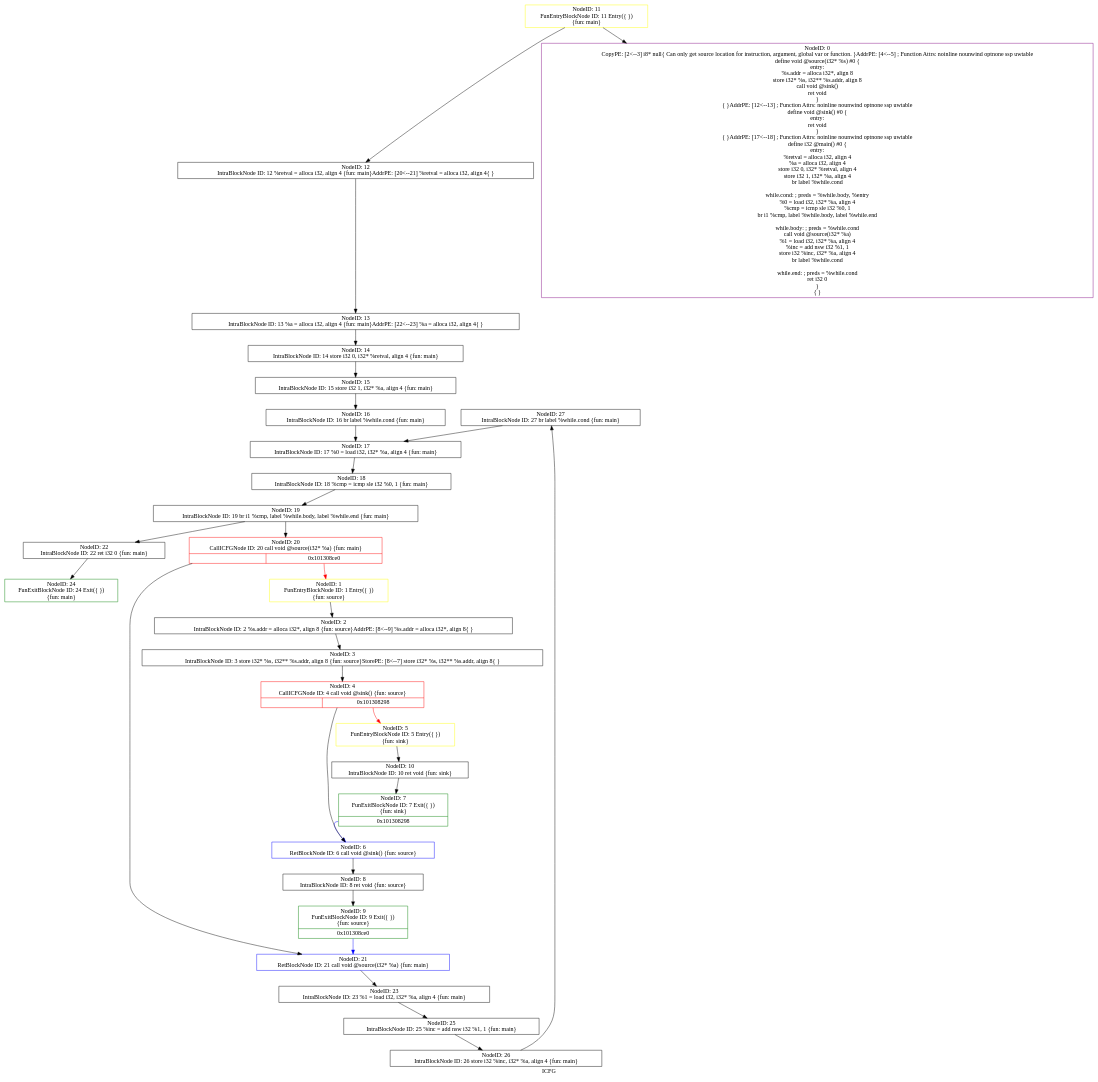
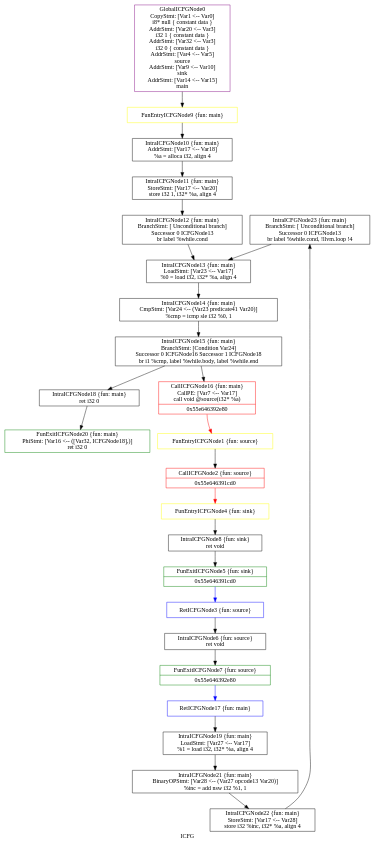
Before and after one commit to SVF-tools/Teaching-Software-Analysis: the diagram in Assignment-2/testcase/dot/icfg_test1.dot, drawn with Graphviz. The commit also changed 23 other files, not shown here.

```diff
--- a/Assignment-2/testcase/dot/icfg_test1.dot
+++ b/Assignment-2/testcase/dot/icfg_test1.dot
@@ -1,62 +1,52 @@
 digraph "ICFG" {
 	label="ICFG";
 
-	Node0x10140bf10 [shape=record,color=black,label="{NodeID: 27\nIntraBlockNode ID: 27   br label %while.cond \{fun: main\}}"];
-	Node0x10140bf10 -> Node0x10140acb0[style=solid];
-	Node0x10140bd90 [shape=record,color=black,label="{NodeID: 26\nIntraBlockNode ID: 26   store i32 %inc, i32* %a, align 4 \{fun: main\}}"];
-	Node0x10140bd90 -> Node0x10140bf10[style=solid];
-	Node0x10140bb50 [shape=record,color=black,label="{NodeID: 25\nIntraBlockNode ID: 25   %inc = add nsw i32 %1, 1 \{fun: main\}}"];
-	Node0x10140bb50 -> Node0x10140bd90[style=solid];
-	Node0x10140a450 [shape=record,color=green,label="{NodeID: 24\nFunExitBlockNode ID: 24 Exit(\{  \})\n \{fun: main\}}"];
-	Node0x10140b6e0 [shape=record,color=black,label="{NodeID: 23\nIntraBlockNode ID: 23   %1 = load i32, i32* %a, align 4 \{fun: main\}}"];
-	Node0x10140b6e0 -> Node0x10140bb50[style=solid];
-	Node0x10140b560 [shape=record,color=black,label="{NodeID: 22\nIntraBlockNode ID: 22   ret i32 0 \{fun: main\}}"];
-	Node0x10140b560 -> Node0x10140a450[style=solid];
-	Node0x10140b360 [shape=record,color=blue,label="{NodeID: 21\nRetBlockNode ID: 21   call void @source(i32* %a) \{fun: main\}}"];
-	Node0x10140b360 -> Node0x10140b6e0[style=solid];
-	Node0x10140b220 [shape=record,color=red,label="{NodeID: 20\nCallICFGNode ID: 20   call void @source(i32* %a) \{fun: main\}|{|<s1>0x101308ce0}}"];
-	Node0x10140b220 -> Node0x10140b360[style=solid];
-	Node0x10140b220:s1 -> Node0x101409760[style=solid,color=red];
-	Node0x10140afe0 [shape=record,color=black,label="{NodeID: 19\nIntraBlockNode ID: 19   br i1 %cmp, label %while.body, label %while.end \{fun: main\}}"];
-	Node0x10140afe0 -> Node0x10140b220[style=solid];
-	Node0x10140afe0 -> Node0x10140b560[style=solid];
-	Node0x10140ae90 [shape=record,color=black,label="{NodeID: 18\nIntraBlockNode ID: 18   %cmp = icmp sle i32 %0, 1 \{fun: main\}}"];
-	Node0x10140ae90 -> Node0x10140afe0[style=solid];
-	Node0x10140acb0 [shape=record,color=black,label="{NodeID: 17\nIntraBlockNode ID: 17   %0 = load i32, i32* %a, align 4 \{fun: main\}}"];
-	Node0x10140acb0 -> Node0x10140ae90[style=solid];
-	Node0x10140ab30 [shape=record,color=black,label="{NodeID: 16\nIntraBlockNode ID: 16   br label %while.cond \{fun: main\}}"];
-	Node0x10140ab30 -> Node0x10140acb0[style=solid];
-	Node0x10140a9b0 [shape=record,color=black,label="{NodeID: 15\nIntraBlockNode ID: 15   store i32 1, i32* %a, align 4 \{fun: main\}}"];
-	Node0x10140a9b0 -> Node0x10140ab30[style=solid];
-	Node0x10140a800 [shape=record,color=black,label="{NodeID: 14\nIntraBlockNode ID: 14   store i32 0, i32* %retval, align 4 \{fun: main\}}"];
-	Node0x10140a800 -> Node0x10140a9b0[style=solid];
-	Node0x10140a650 [shape=record,color=black,label="{NodeID: 13\nIntraBlockNode ID: 13   %a = alloca i32, align 4 \{fun: main\}AddrPE: [22\<--23]    %a = alloca i32, align 4\{  \}}"];
-	Node0x10140a650 -> Node0x10140a800[style=solid];
-	Node0x10140a540 [shape=record,color=black,label="{NodeID: 12\nIntraBlockNode ID: 12   %retval = alloca i32, align 4 \{fun: main\}AddrPE: [20\<--21]    %retval = alloca i32, align 4\{  \}}"];
-	Node0x10140a540 -> Node0x10140a650[style=solid];
-	Node0x10140a3b0 [shape=record,color=yellow,label="{NodeID: 11\nFunEntryBlockNode ID: 11 Entry(\{  \})\n \{fun: main\}}"];
-	Node0x10140a3b0 -> Node0x101307280[style=solid];
-	Node0x10140a3b0 -> Node0x10140a540[style=solid];
-	Node0x10140a200 [shape=record,color=black,label="{NodeID: 10\nIntraBlockNode ID: 10   ret void \{fun: sink\}}"];
-	Node0x10140a200 -> Node0x101409d20[style=solid];
-	Node0x10140a0e0 [shape=record,color=green,label="{NodeID: 9\nFunExitBlockNode ID: 9 Exit(\{  \})\n \{fun: source\}|{<s0>0x101308ce0}}"];
-	Node0x10140a0e0:s0 -> Node0x10140b360[style=solid,color=blue];
-	Node0x101409f00 [shape=record,color=black,label="{NodeID: 8\nIntraBlockNode ID: 8   ret void \{fun: source\}}"];
-	Node0x101409f00 -> Node0x10140a0e0[style=solid];
-	Node0x101409d20 [shape=record,color=green,label="{NodeID: 7\nFunExitBlockNode ID: 7 Exit(\{  \})\n \{fun: sink\}|{<s0>0x101308298}}"];
-	Node0x101409d20:s0 -> Node0x101409c80[style=solid,color=blue];
-	Node0x101409c80 [shape=record,color=blue,label="{NodeID: 6\nRetBlockNode ID: 6   call void @sink() \{fun: source\}}"];
-	Node0x101409c80 -> Node0x101409f00[style=solid];
-	Node0x101409b20 [shape=record,color=yellow,label="{NodeID: 5\nFunEntryBlockNode ID: 5 Entry(\{  \})\n \{fun: sink\}}"];
-	Node0x101409b20 -> Node0x10140a200[style=solid];
-	Node0x101409a70 [shape=record,color=red,label="{NodeID: 4\nCallICFGNode ID: 4   call void @sink() \{fun: source\}|{|<s1>0x101308298}}"];
-	Node0x101409a70 -> Node0x101409c80[style=solid];
-	Node0x101409a70:s1 -> Node0x101409b20[style=solid,color=red];
-	Node0x101409950 [shape=record,color=black,label="{NodeID: 3\nIntraBlockNode ID: 3   store i32* %s, i32** %s.addr, align 8 \{fun: source\}StorePE: [8\<--7]    store i32* %s, i32** %s.addr, align 8\{  \}}"];
-	Node0x101409950 -> Node0x101409a70[style=solid];
-	Node0x101409800 [shape=record,color=black,label="{NodeID: 2\nIntraBlockNode ID: 2   %s.addr = alloca i32*, align 8 \{fun: source\}AddrPE: [8\<--9]    %s.addr = alloca i32*, align 8\{  \}}"];
-	Node0x101409800 -> Node0x101409950[style=solid];
-	Node0x101409760 [shape=record,color=yellow,label="{NodeID: 1\nFunEntryBlockNode ID: 1 Entry(\{  \})\n \{fun: source\}}"];
-	Node0x101409760 -> Node0x101409800[style=solid];
-	Node0x101307280 [shape=record,color=purple,label="{NodeID: 0\nCopyPE: [2\<--3]  i8* null\{ Can only get source location for instruction, argument, global var or function. \}AddrPE: [4\<--5]  ; Function Attrs: noinline nounwind optnone ssp uwtable\ndefine void @source(i32* %s) #0 \{\nentry:\n  %s.addr = alloca i32*, align 8\n  store i32* %s, i32** %s.addr, align 8\n  call void @sink()\n  ret void\n\}\n\{  \}AddrPE: [12\<--13]  ; Function Attrs: noinline nounwind optnone ssp uwtable\ndefine void @sink() #0 \{\nentry:\n  ret void\n\}\n\{  \}AddrPE: [17\<--18]  ; Function Attrs: noinline nounwind optnone ssp uwtable\ndefine i32 @main() #0 \{\nentry:\n  %retval = alloca i32, align 4\n  %a = alloca i32, align 4\n  store i32 0, i32* %retval, align 4\n  store i32 1, i32* %a, align 4\n  br label %while.cond\n\nwhile.cond:                                       ; preds = %while.body, %entry\n  %0 = load i32, i32* %a, align 4\n  %cmp = icmp sle i32 %0, 1\n  br i1 %cmp, label %while.body, label %while.end\n\nwhile.body:                                       ; preds = %while.cond\n  call void @source(i32* %a)\n  %1 = load i32, i32* %a, align 4\n  %inc = add nsw i32 %1, 1\n  store i32 %inc, i32* %a, align 4\n  br label %while.cond\n\nwhile.end:                                        ; preds = %while.cond\n  ret i32 0\n\}\n\{  \}}"];
+	Node0x55e6463a4ba0 [shape=record,color=black,label="{IntraICFGNode23 \{fun: main\}\nBranchStmt: [ Unconditional branch]\nSuccessor 0 ICFGNode13   \n   br label %while.cond, !llvm.loop !4 }"];
+	Node0x55e6463a4ba0 -> Node0x55e6463a3870[style=solid];
+	Node0x55e6463a49c0 [shape=record,color=black,label="{IntraICFGNode22 \{fun: main\}\nStoreStmt: [Var17 \<-- Var28]  \n   store i32 %inc, i32* %a, align 4 }"];
+	Node0x55e6463a49c0 -> Node0x55e6463a4ba0[style=solid];
+	Node0x55e6463a47e0 [shape=record,color=black,label="{IntraICFGNode21 \{fun: main\}\nBinaryOPStmt: [Var28 \<-- (Var27 opcode13 Var20)]  \n   %inc = add nsw i32 %1, 1 }"];
+	Node0x55e6463a47e0 -> Node0x55e6463a49c0[style=solid];
+	Node0x55e6463a4610 [shape=record,color=green,label="{FunExitICFGNode20 \{fun: main\}\nPhiStmt: [Var16 \<-- ([Var32, ICFGNode18],)]  \n   ret i32 0 }"];
+	Node0x55e6463a4430 [shape=record,color=black,label="{IntraICFGNode19 \{fun: main\}\nLoadStmt: [Var27 \<-- Var17]  \n   %1 = load i32, i32* %a, align 4 }"];
+	Node0x55e6463a4430 -> Node0x55e6463a47e0[style=solid];
+	Node0x55e6463a4250 [shape=record,color=black,label="{IntraICFGNode18 \{fun: main\}\n   ret i32 0 }"];
+	Node0x55e6463a4250 -> Node0x55e6463a4610[style=solid];
+	Node0x55e6463a3f80 [shape=record,color=blue,label="{RetICFGNode17 \{fun: main\}}"];
+	Node0x55e6463a3f80 -> Node0x55e6463a4430[style=solid];
+	Node0x55e64638fa10 [shape=record,color=red,label="{CallICFGNode16 \{fun: main\}\nCallPE: [Var7 \<-- Var17]  \n   call void @source(i32* %a) |{<s0>0x55e646392e80}}"];
+	Node0x55e64638fa10:s0 -> Node0x55e646393d00[style=solid,color=red];
+	Node0x55e6463a3d20 [shape=record,color=black,label="{IntraICFGNode15 \{fun: main\}\nBranchStmt: [Condition Var24]\nSuccessor 0 ICFGNode16   Successor 1 ICFGNode18   \n   br i1 %cmp, label %while.body, label %while.end }"];
+	Node0x55e6463a3d20 -> Node0x55e64638fa10[style=solid];
+	Node0x55e6463a3d20 -> Node0x55e6463a4250[style=solid];
+	Node0x55e6463a3b40 [shape=record,color=black,label="{IntraICFGNode14 \{fun: main\}\nCmpStmt: [Var24 \<-- (Var23 predicate41 Var20)]  \n   %cmp = icmp sle i32 %0, 1 }"];
+	Node0x55e6463a3b40 -> Node0x55e6463a3d20[style=solid];
+	Node0x55e6463a3870 [shape=record,color=black,label="{IntraICFGNode13 \{fun: main\}\nLoadStmt: [Var23 \<-- Var17]  \n   %0 = load i32, i32* %a, align 4 }"];
+	Node0x55e6463a3870 -> Node0x55e6463a3b40[style=solid];
+	Node0x55e64638e050 [shape=record,color=purple,label="{GlobalICFGNode0\nCopyStmt: [Var1 \<-- Var0]  \n i8* null \{ constant data \}\nAddrStmt: [Var20 \<-- Var3]  \n i32 1 \{ constant data \}\nAddrStmt: [Var32 \<-- Var3]  \n i32 0 \{ constant data \}\nAddrStmt: [Var4 \<-- Var5]  \n source \nAddrStmt: [Var9 \<-- Var10]  \n sink \nAddrStmt: [Var14 \<-- Var15]  \n main }"];
+	Node0x55e64638e050 -> Node0x55e6463a31e0[style=solid];
+	Node0x55e646393d00 [shape=record,color=yellow,label="{FunEntryICFGNode1 \{fun: source\}}"];
+	Node0x55e646393d00 -> Node0x55e64638e1e0[style=solid];
+	Node0x55e64638e1e0 [shape=record,color=red,label="{CallICFGNode2 \{fun: source\}|{<s0>0x55e646391cd0}}"];
+	Node0x55e64638e1e0:s0 -> Node0x55e6463a2a10[style=solid,color=red];
+	Node0x55e6463a28d0 [shape=record,color=blue,label="{RetICFGNode3 \{fun: source\}}"];
+	Node0x55e6463a28d0 -> Node0x55e6463a2da0[style=solid];
+	Node0x55e6463a2a10 [shape=record,color=yellow,label="{FunEntryICFGNode4 \{fun: sink\}}"];
+	Node0x55e6463a2a10 -> Node0x55e6463a3040[style=solid];
+	Node0x55e6463a2ae0 [shape=record,color=green,label="{FunExitICFGNode5 \{fun: sink\}|{<s0>0x55e646391cd0}}"];
+	Node0x55e6463a2ae0:s0 -> Node0x55e6463a28d0[style=solid,color=blue];
+	Node0x55e6463a2da0 [shape=record,color=black,label="{IntraICFGNode6 \{fun: source\}\n   ret void }"];
+	Node0x55e6463a2da0 -> Node0x55e6463a2f30[style=solid];
+	Node0x55e6463a2f30 [shape=record,color=green,label="{FunExitICFGNode7 \{fun: source\}|{<s0>0x55e646392e80}}"];
+	Node0x55e6463a2f30:s0 -> Node0x55e6463a3f80[style=solid,color=blue];
+	Node0x55e6463a3040 [shape=record,color=black,label="{IntraICFGNode8 \{fun: sink\}\n   ret void }"];
+	Node0x55e6463a3040 -> Node0x55e6463a2ae0[style=solid];
+	Node0x55e6463a31e0 [shape=record,color=yellow,label="{FunEntryICFGNode9 \{fun: main\}}"];
+	Node0x55e6463a31e0 -> Node0x55e6463a3310[style=solid];
+	Node0x55e6463a3310 [shape=record,color=black,label="{IntraICFGNode10 \{fun: main\}\nAddrStmt: [Var17 \<-- Var18]  \n   %a = alloca i32, align 4 }"];
+	Node0x55e6463a3310 -> Node0x55e6463a34d0[style=solid];
+	Node0x55e6463a34d0 [shape=record,color=black,label="{IntraICFGNode11 \{fun: main\}\nStoreStmt: [Var17 \<-- Var20]  \n   store i32 1, i32* %a, align 4 }"];
+	Node0x55e6463a34d0 -> Node0x55e6463a3690[style=solid];
+	Node0x55e6463a3690 [shape=record,color=black,label="{IntraICFGNode12 \{fun: main\}\nBranchStmt: [ Unconditional branch]\nSuccessor 0 ICFGNode13   \n   br label %while.cond }"];
+	Node0x55e6463a3690 -> Node0x55e6463a3870[style=solid];
 }
```
